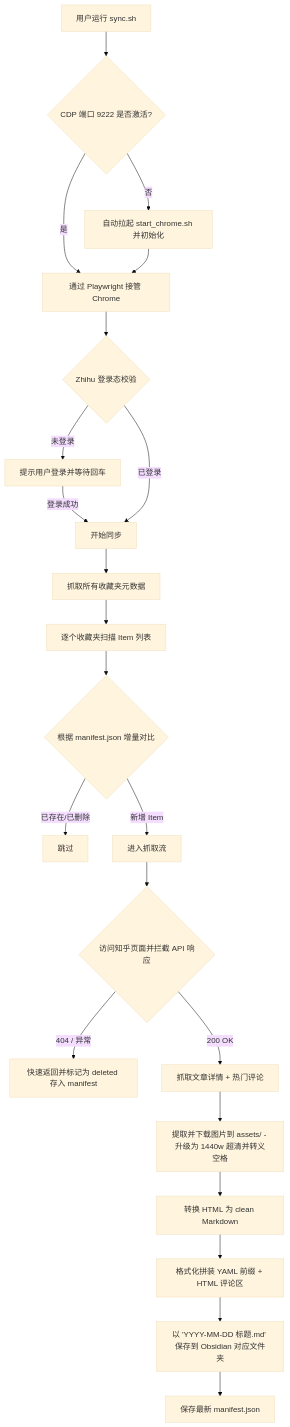
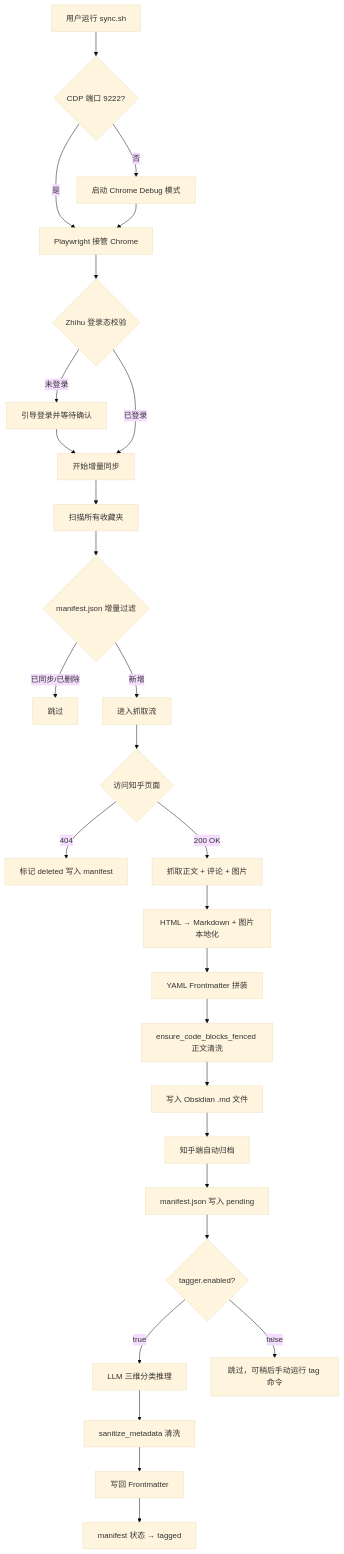
The diagram in README.md (hardass/ZhihuPipeline), drawn with Mermaid (base theme) before and after one commit. The commit also changed other lines of this file, not shown here.

First line of the commit message:
docs: overhaul README with tagger system, triple-guardrail, and tag CLI docs

````diff
--- a/README.md
+++ b/README.md
@@ -43,26 +113,33 @@
 ```mermaid
 graph TD
-    A[用户运行 sync.sh] --> B{CDP 端口 9222 是否激活?}
-    B -- 否 --> C[自动拉起 start_chrome.sh 并初始化]
-    B -- 是 --> D[通过 Playwright 接管 Chrome]
+    A[用户运行 sync.sh] --> B{CDP 端口 9222?}
+    B -- 否 --> C[启动 Chrome Debug 模式]
+    B -- 是 --> D[Playwright 接管 Chrome]
     C --> D
     D --> E{Zhihu 登录态校验}
-    E -- 未登录 --> F[提示用户登录并等待回车]
-    F -- 登录成功 --> G[开始同步]
-    E -- 已登录 --> G
-    
-    G --> H[抓取所有收藏夹元数据]
-    H --> I[逐个收藏夹扫描 Item 列表]
-    I --> J{根据 manifest.json 增量对比}
-    J -- 已存在/已删除 --> K[跳过]
-    J -- 新增 Item --> L[进入抓取流]
-    
-    L --> M{访问知乎页面并拦截 API 响应}
-    M -- 404 / 异常 --> N[快速返回并标记为 deleted 存入 manifest]
-    M -- 200 OK --> O[抓取文章详情 + 热门评论]
-    O --> P[提取并下载图片到 assets/ - 升级为 1440w 超清并转义空格]
-    P --> Q[转换 HTML 为 clean Markdown]
-    Q --> R[格式化拼装 YAML 前缀 + HTML 评论区]
-    R --> S[以 'YYYY-MM-DD 标题.md' 保存到 Obsidian 对应文件夹]
-    S --> T[保存最新 manifest.json]
+    E -- 未登录 --> F[引导登录并等待确认]
+    F --> G
+    E -- 已登录 --> G[开始增量同步]
+
+    G --> H[扫描所有收藏夹]
+    H --> I{manifest.json 增量过滤}
+    I -- 已同步/已删除 --> J[跳过]
+    I -- 新增 --> K[进入抓取流]
+
+    K --> L{访问知乎页面}
+    L -- 404 --> M[标记 deleted 写入 manifest]
+    L -- 200 OK --> N[抓取正文 + 评论 + 图片]
+    N --> O[HTML → Markdown + 图片本地化]
+    O --> P[YAML Frontmatter 拼装]
+    P --> Q[ensure_code_blocks_fenced 正文清洗]
+    Q --> R[写入 Obsidian .md 文件]
+    R --> S[知乎端自动归档]
+    S --> T[manifest.json 写入 pending]
+
+    T --> U{tagger.enabled?}
+    U -- true --> V[LLM 三维分类推理]
+    V --> W[sanitize_metadata 清洗]
+    W --> X[写回 Frontmatter]
+    X --> Y[manifest 状态 → tagged]
+    U -- false --> Z[跳过，可稍后手动运行 tag 命令]
 ```
````
